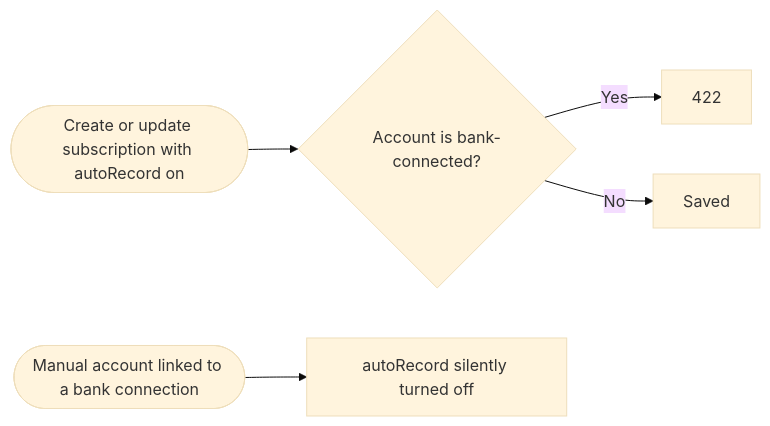
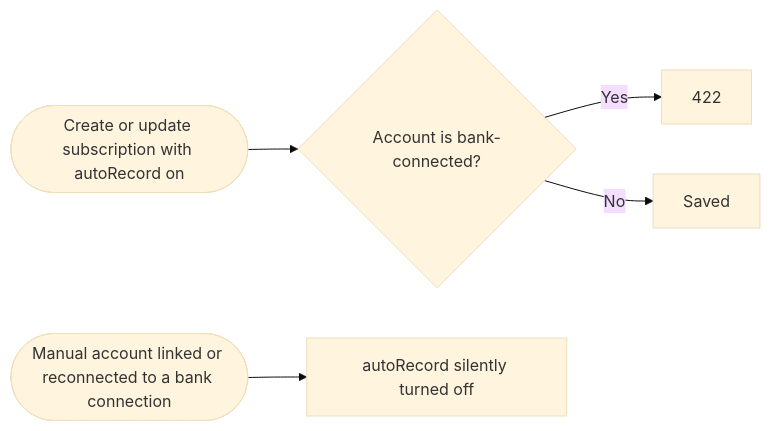
One commit to elwin/moneymatter changed the third of 3 diagrams in docs/subscription-payment-flows.md. Above: the diagram before and after it, drawn with Mermaid (base theme). The commit also changed other lines of this file and 33 other files, not shown here.

Commit message:
fix: restore bank row type on relink and enforce bank-account rules (#701)

````diff
--- a/docs/subscription-payment-flows.md
+++ b/docs/subscription-payment-flows.md
@@ -75,7 +75,7 @@
 ```mermaid
 flowchart LR
     SaveSub(["Create or update subscription with autoRecord on"]) --> IsBankAcc{"Account is bank-connected?"}
     IsBankAcc -->|Yes| Reject["422"]
     IsBankAcc -->|No| Saved["Saved"]
-    LinkAcc(["Manual account linked to a bank connection"]) --> TurnOff["autoRecord silently turned off"]
+    LinkAcc(["Manual account linked or reconnected to a bank connection"]) --> TurnOff["autoRecord silently turned off"]
 ```
````
